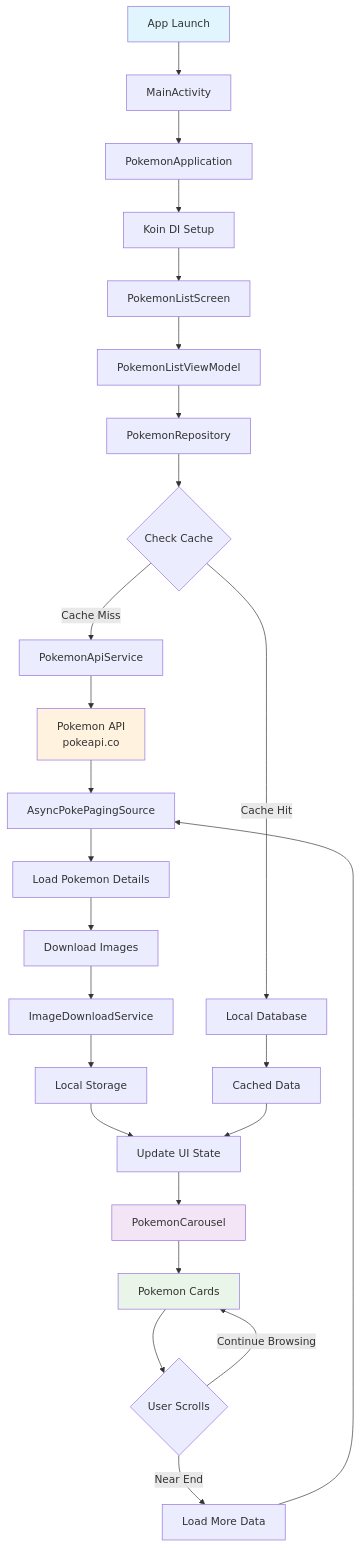
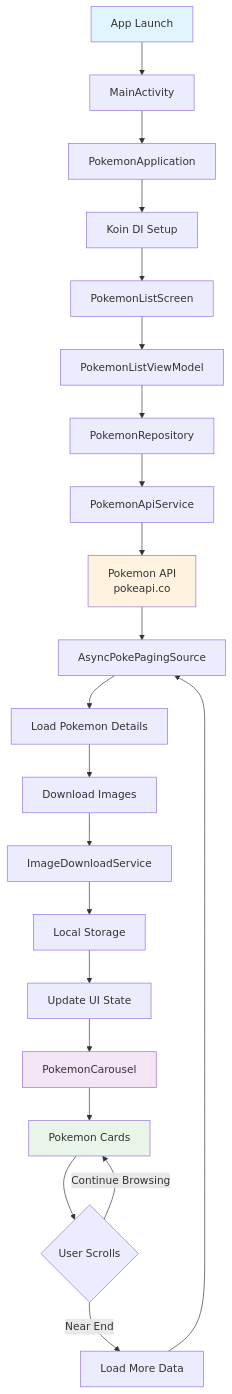
One commit to nooraibk/pokemon-sample changed the diagram in README.md. Above: the diagram before and after it, drawn with Mermaid. The commit also changed other lines of this file, not shown here.

````diff
--- a/README.md
+++ b/README.md
@@ -100,38 +95,29 @@
 ```mermaid
 graph TD
     A[App Launch] --> B[MainActivity]
     B --> C[PokemonApplication]
     C --> D[Koin DI Setup]
     D --> E[PokemonListScreen]
     
     E --> F[PokemonListViewModel]
     F --> G[PokemonRepository]
-    G --> H{Check Cache}
-    
-    H -->|Cache Miss| I[PokemonApiService]
-    H -->|Cache Hit| J[Local Database]
-    
-    I --> K[Pokemon API<br/>pokeapi.co]
-    K --> L[AsyncPokePagingSource]
-    L --> M[Load Pokemon Details]
-    M --> N[Download Images]
-    N --> O[ImageDownloadService]
-    O --> P[Local Storage]
-    
-    J --> Q[Cached Data]
-    P --> R[Update UI State]
-    Q --> R
-    
-    R --> S[PokemonCarousel]
-    S --> T[Pokemon Cards]
-    T --> U{User Scrolls}
-    
-    U -->|Near End| V[Load More Data]
-    V --> L
-    U -->|Continue Browsing| T
+   G --> H[PokemonApiService]
+   H --> I[Pokemon API<br/>pokeapi.co]
+   I --> J[AsyncPokePagingSource]
+   J --> K[Load Pokemon Details]
+   K --> L[Download Images]
+   L --> M[ImageDownloadService]
+   M --> N[Local Storage]
+   N --> O[Update UI State]
+   O --> P[PokemonCarousel]
+   P --> Q[Pokemon Cards]
+   Q --> R{User Scrolls}
+   R -->|Near End| S[Load More Data]
+   S --> J
+   R -->|Continue Browsing| Q
     
     style A fill:#e1f5fe
-    style K fill:#fff3e0
-    style S fill:#f3e5f5
-    style T fill:#e8f5e8
+   style I fill: #fff3e0
+   style P fill: #f3e5f5
+   style Q fill: #e8f5e8
 ```
````
